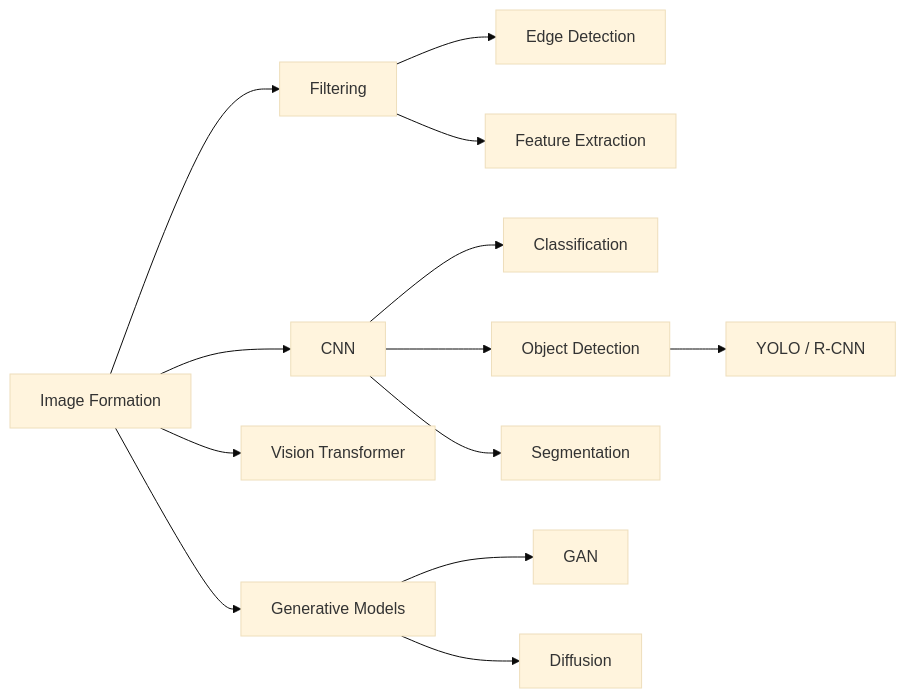
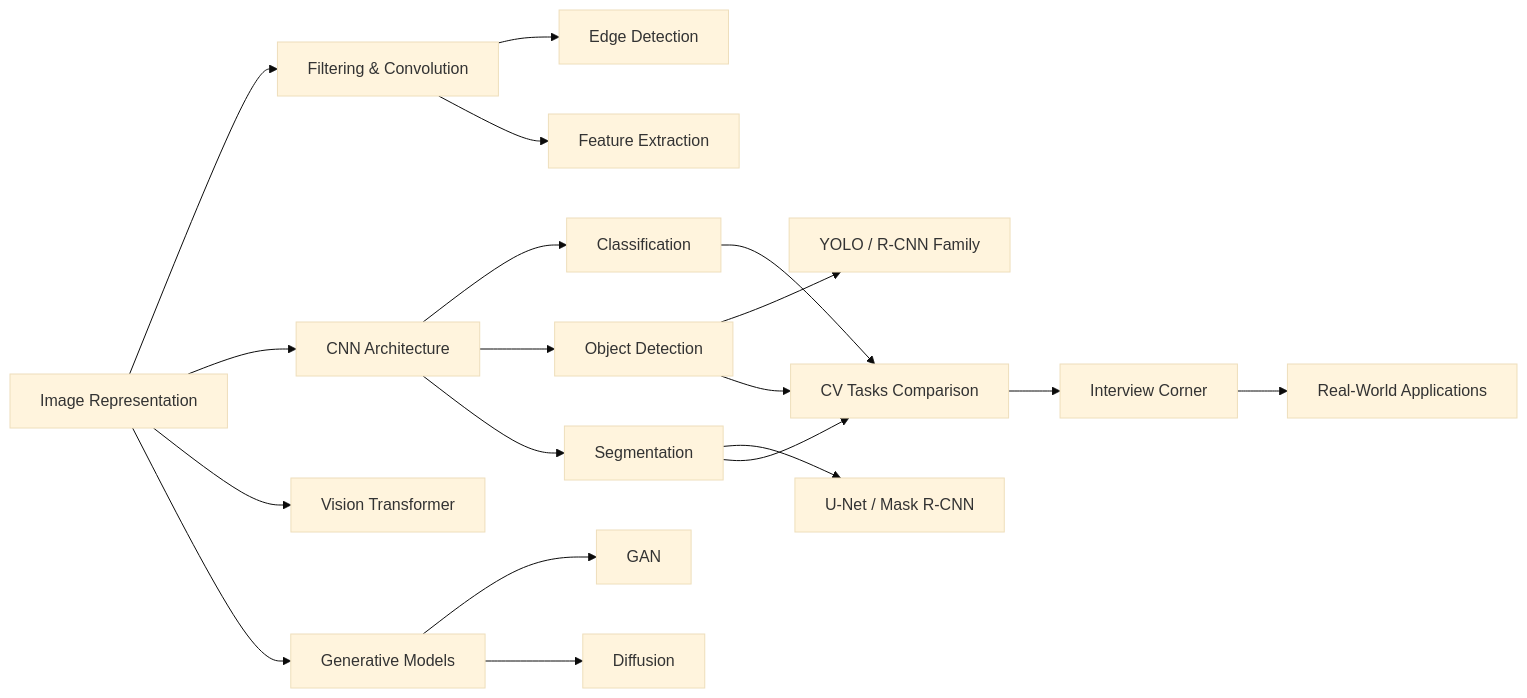
Before and after one commit to Raushan666java/ai-engineering-journey: the first of 2 diagrams in docs/courses/artificial-intelligence/13-computer-vision.md, drawn with Mermaid (base theme). The commit also changed other lines of this file and 26 other files, not shown here.

````diff
--- a/docs/courses/artificial-intelligence/13-computer-vision.md
+++ b/docs/courses/artificial-intelligence/13-computer-vision.md
@@ -25,15 +54,21 @@
 ```mermaid
 flowchart LR
-    A[Image Formation] --> B[Filtering]
+    A[Image Representation] --> B[Filtering & Convolution]
     B --> C[Edge Detection]
     B --> D[Feature Extraction]
-    A --> E[CNN]
+    A --> E[CNN Architecture]
     E --> F[Classification]
     E --> G[Object Detection]
-    G --> H[YOLO / R-CNN]
+    G --> H[YOLO / R-CNN Family]
     E --> I[Segmentation]
-    A --> J[Vision Transformer]
-    A --> K[Generative Models]
-    K --> L[GAN]
-    K --> M[Diffusion]
+    I --> J[U-Net / Mask R-CNN]
+    A --> K[Vision Transformer]
+    A --> L[Generative Models]
+    L --> M[GAN]
+    L --> N[Diffusion]
+    F --> O[CV Tasks Comparison]
+    G --> O
+    I --> O
+    O --> P[Interview Corner]
+    P --> Q[Real-World Applications]
 ```
````
